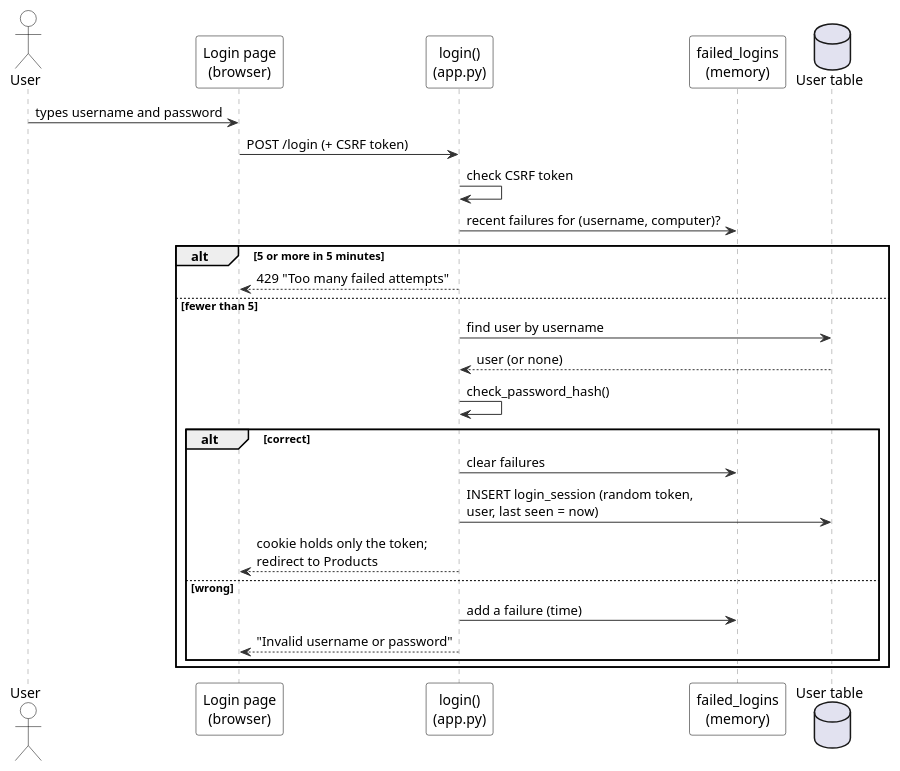
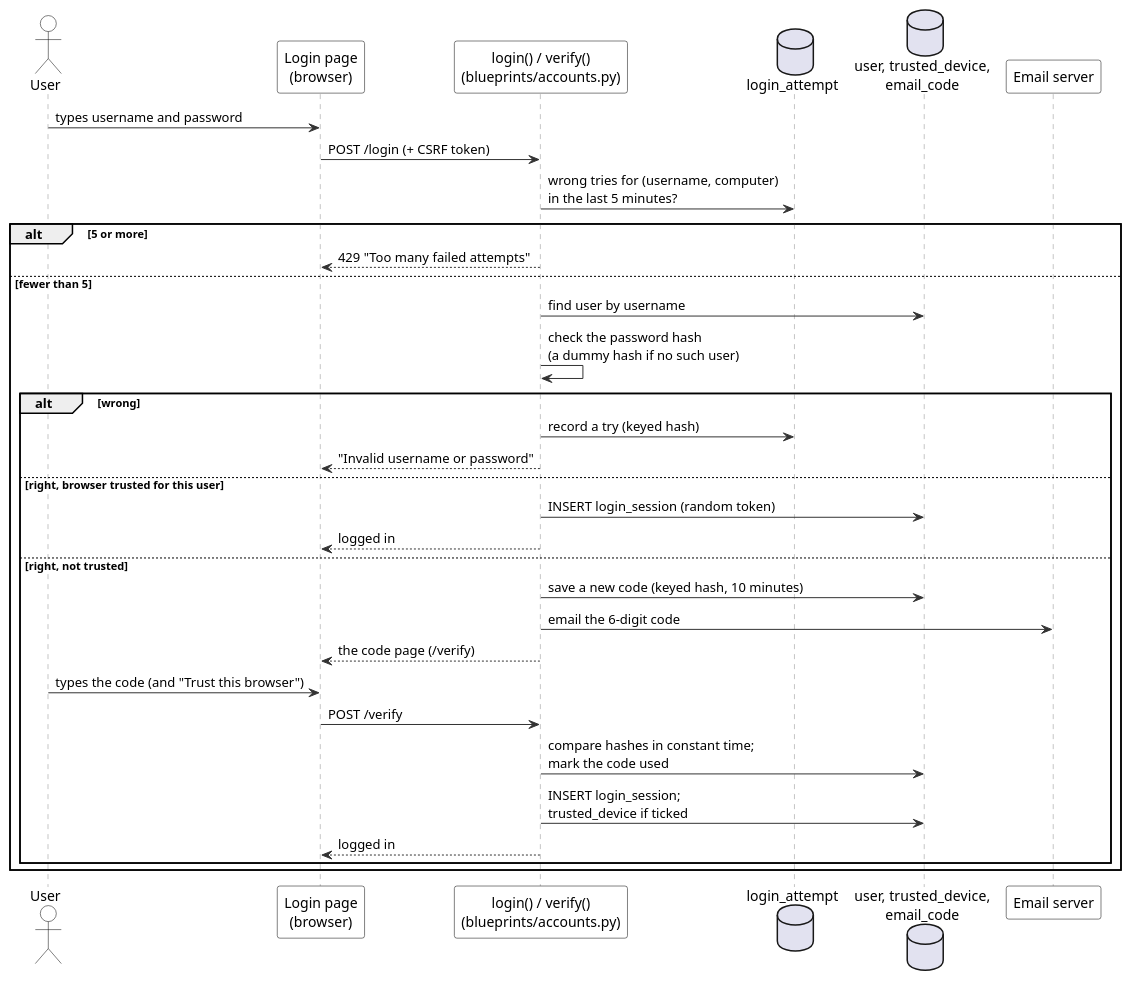
Before and after one commit to JmlAsync/inventory-pos-system: the diagram in diagrams/uml/17_seq_log_in.puml, drawn with PlantUML. The commit also changed 82 other files, not shown here.

```diff
--- a/diagrams/uml/17_seq_log_in.puml
+++ b/diagrams/uml/17_seq_log_in.puml
@@ -1,66 +1,73 @@
 @startuml
-' Sequence: log in - Inventory & POS System v0.20.4 (report, Lecture 5; redrawn 2026-10-12)
+' Sequence: log in with a code - Inventory & POS System v0.32.0 (report, Lecture 5-7; redrawn 2026-10-27)
 ' Edit: paste into draw.io (Arrange > Insert > Advanced > PlantUML) or planttext.com
 skinparam defaultFontName Arial
 skinparam shadowing false
 skinparam ArrowColor #333333
 skinparam rectangle {
   BackgroundColor White
   BorderColor Black
 }
 skinparam usecase {
   BackgroundColor White
   BorderColor Black
 }
 skinparam class {
   BackgroundColor White
   BorderColor Black
   HeaderBackgroundColor #E6F1EE
 }
 skinparam activity {
   BackgroundColor White
   BorderColor Black
 }
 skinparam state {
   BackgroundColor White
   BorderColor Black
 }
 skinparam sequence {
   ParticipantBackgroundColor White
   ParticipantBorderColor Black
   LifeLineBorderColor #888888
   ActorBorderColor Black
   ActorBackgroundColor White
 }
 skinparam note {
   BackgroundColor #FFFBEA
   BorderColor #C9B458
 }
 skinparam swimlaneWidth same
 hide circle
 
 actor User
 participant "Login page\n(browser)" as UI
-participant "login()\n(app.py)" as C
-participant "failed_logins\n(memory)" as L
-database "User table" as DB
+participant "login() / verify()\n(blueprints/accounts.py)" as C
+database "login_attempt" as L
+database "user, trusted_device,\nemail_code" as DB
+participant "Email server" as M
 User -> UI : types username and password
 UI -> C : POST /login (+ CSRF token)
-C -> C : check CSRF token
-C -> L : recent failures for (username, computer)?
-alt 5 or more in 5 minutes
+C -> L : wrong tries for (username, computer)\nin the last 5 minutes?
+alt 5 or more
   C --> UI : 429 "Too many failed attempts"
 else fewer than 5
   C -> DB : find user by username
-  DB --> C : user (or none)
-  C -> C : check_password_hash()
-  alt correct
-    C -> L : clear failures
-    C -> DB : INSERT login_session (random token,\nuser, last seen = now)
-    C --> UI : cookie holds only the token;\nredirect to Products
-  else wrong
-    C -> L : add a failure (time)
+  C -> C : check the password hash\n(a dummy hash if no such user)
+  alt wrong
+    C -> L : record a try (keyed hash)
     C --> UI : "Invalid username or password"
+  else right, browser trusted for this user
+    C -> DB : INSERT login_session (random token)
+    C --> UI : logged in
+  else right, not trusted
+    C -> DB : save a new code (keyed hash, 10 minutes)
+    C -> M : email the 6-digit code
+    C --> UI : the code page (/verify)
+    User -> UI : types the code (and "Trust this browser")
+    UI -> C : POST /verify
+    C -> DB : compare hashes in constant time;\nmark the code used
+    C -> DB : INSERT login_session;\ntrusted_device if ticked
+    C --> UI : logged in
   end
 end
 @enduml
```
